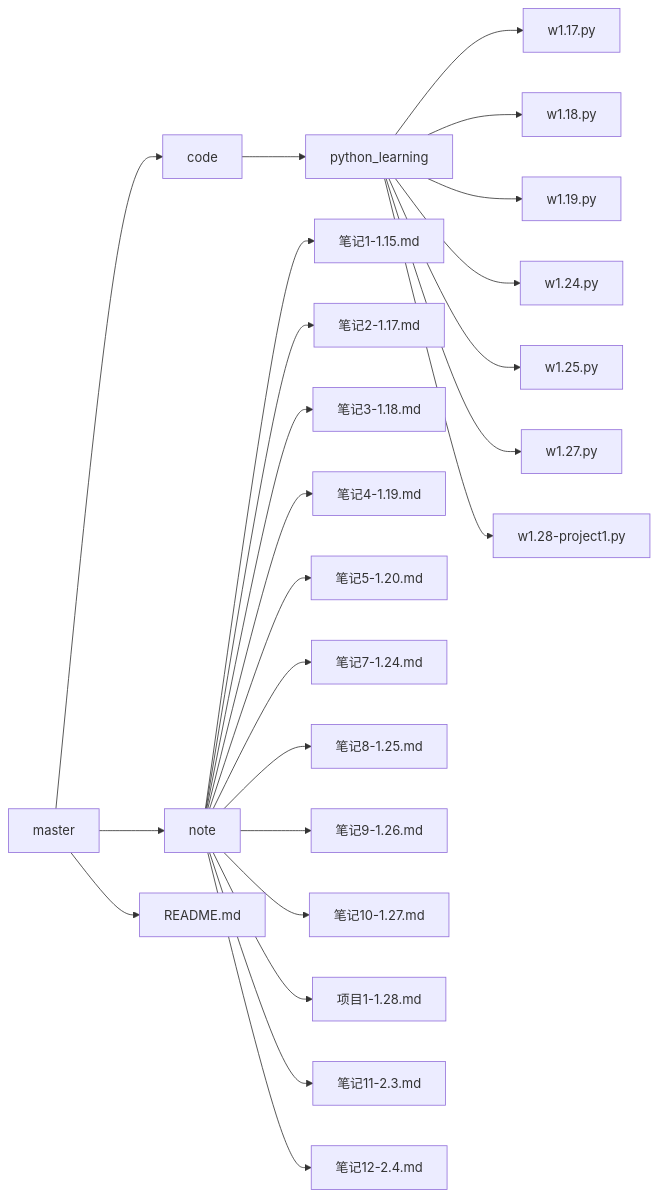
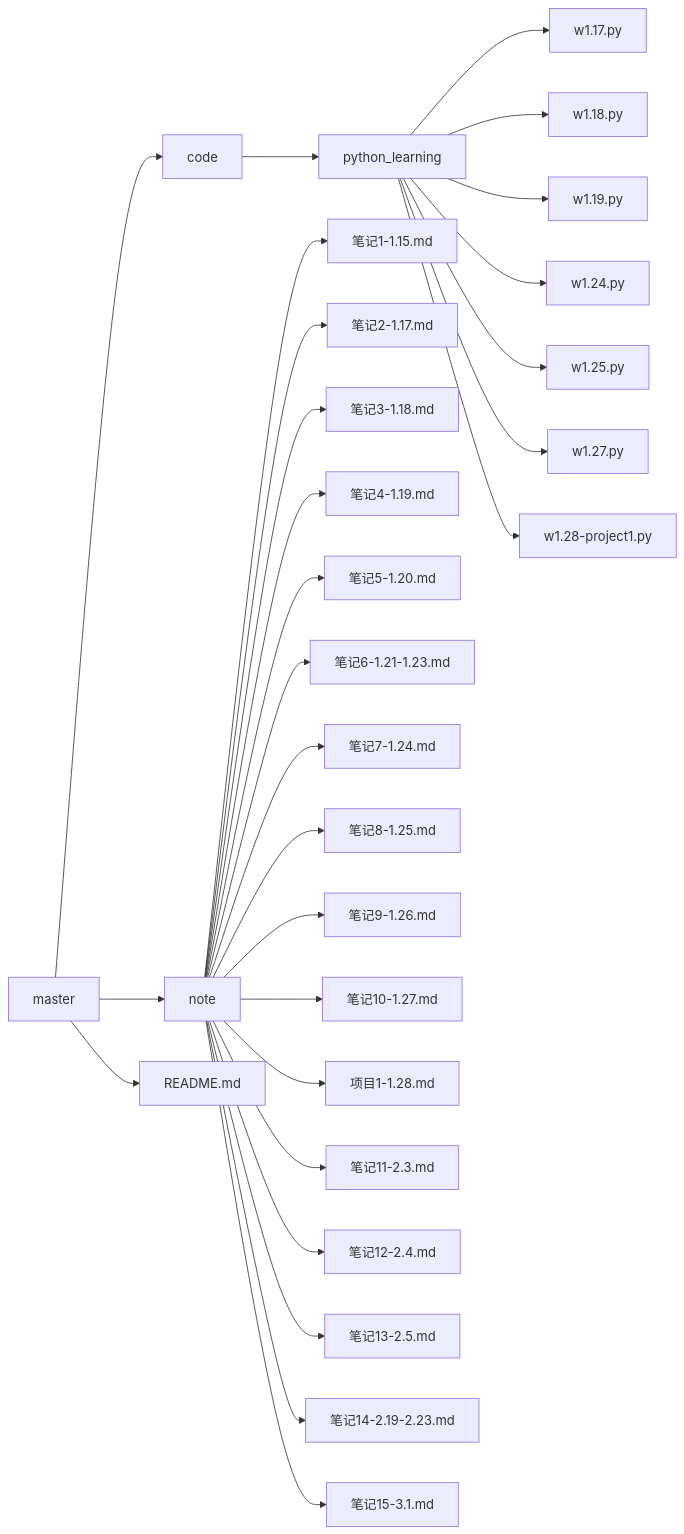
Before and after one commit to sevanthea7/QG_winter_camp: the diagram in README.md, drawn with Mermaid. The commit also changed other lines of this file, not shown here.

````diff
--- a/README.md
+++ b/README.md
@@ -1,26 +1,30 @@
 ```mermaid
 graph LR
 master --> code
 code --> python_learning
 python_learning --> w1.17.py
 python_learning --> w1.18.py
 python_learning --> w1.19.py
 python_learning --> w1.24.py
 python_learning --> w1.25.py
 python_learning --> w1.27.py
 python_learning --> w1.28-project1.py
 master --> note
 note --> 笔记1-1.15.md
 note --> 笔记2-1.17.md
 note --> 笔记3-1.18.md
 note --> 笔记4-1.19.md
 note --> 笔记5-1.20.md
+note --> 笔记6-1.21-1.23.md
 note --> 笔记7-1.24.md
 note --> 笔记8-1.25.md
 note --> 笔记9-1.26.md
 note --> 笔记10-1.27.md
 note --> 项目1-1.28.md
 note --> 笔记11-2.3.md
 note --> 笔记12-2.4.md
+note --> 笔记13-2.5.md
+note --> 笔记14-2.19-2.23.md
+note --> 笔记15-3.1.md
 master --> README.md
 ```
````
